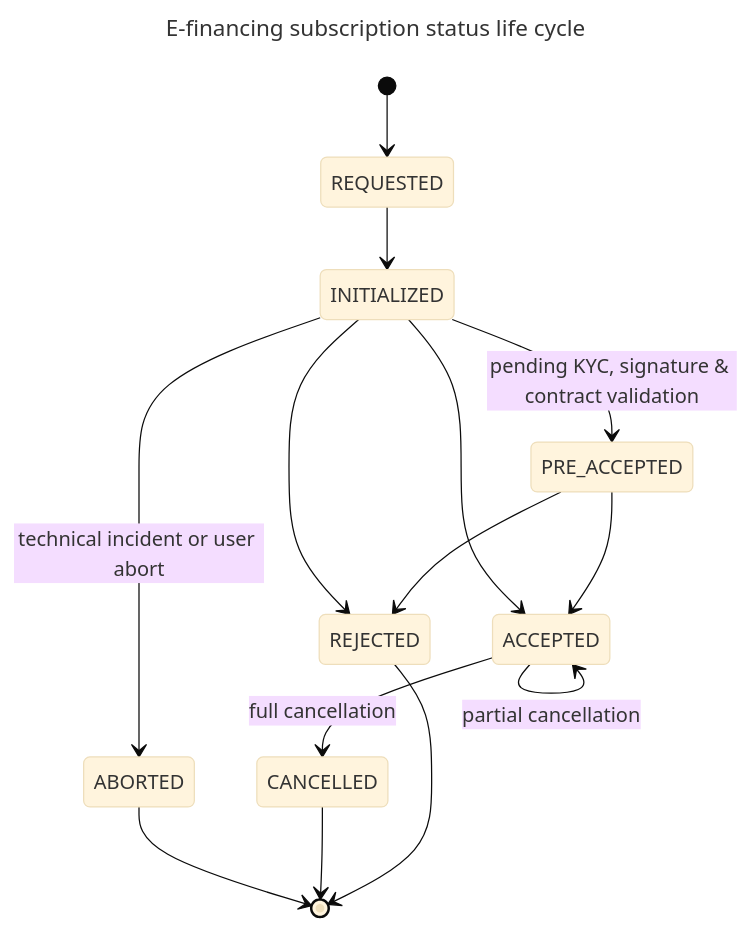
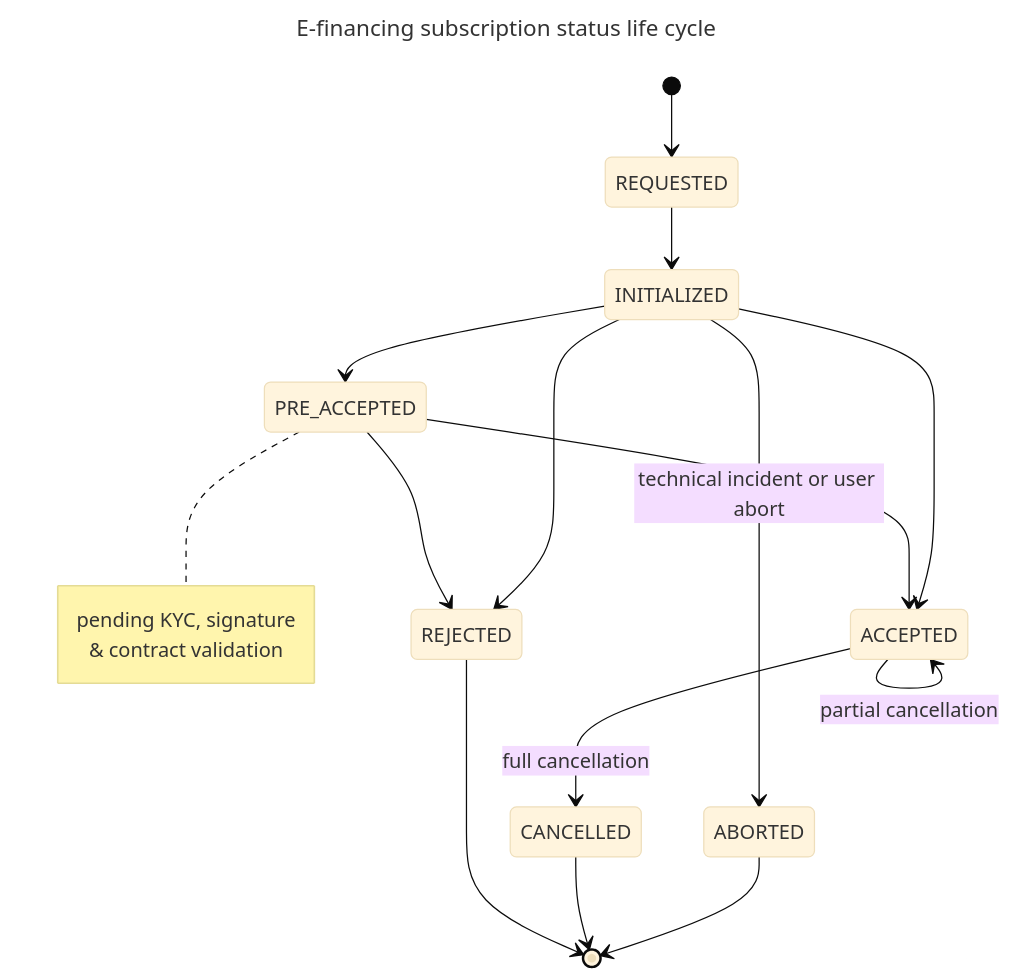
Before and after one commit to scalexpert/documentation: the diagram in use-cases/credit/e-financing-status-life-cycle.md, drawn with Mermaid (base theme).

Commit message:
GITBOOK-336: change request with no subject merged in GitBook

````diff
--- a/use-cases/credit/e-financing-status-life-cycle.md
+++ b/use-cases/credit/e-financing-status-life-cycle.md
@@ -19,20 +19,24 @@
 ```mermaid
 ---
 title: E-financing subscription status life cycle
 ---
-stateDiagram-v2
+stateDiagram-v2 
     [*] --> REQUESTED
     REQUESTED --> INITIALIZED 
     INITIALIZED --> ABORTED: technical incident or user abort
-    INITIALIZED --> PRE_ACCEPTED: pending KYC, signature & contract validation
+    INITIALIZED --> PRE_ACCEPTED
+note right of PRE_ACCEPTED
+pending KYC, signature 
+& contract validation
+end note
     PRE_ACCEPTED --> ACCEPTED
     PRE_ACCEPTED --> REJECTED
     INITIALIZED --> ACCEPTED
     INITIALIZED --> REJECTED
     ACCEPTED --> ACCEPTED: partial cancellation
     ACCEPTED --> CANCELLED: full cancellation
     REJECTED --> [*]
     CANCELLED --> [*]
     ABORTED --> [*]
 
 ```
````
